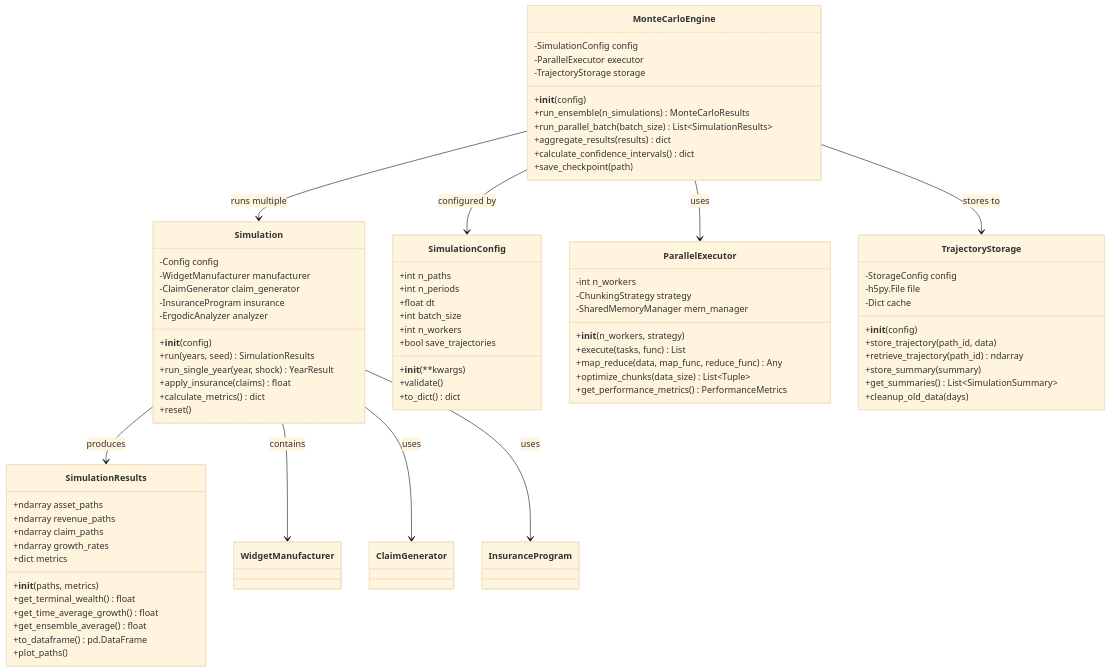
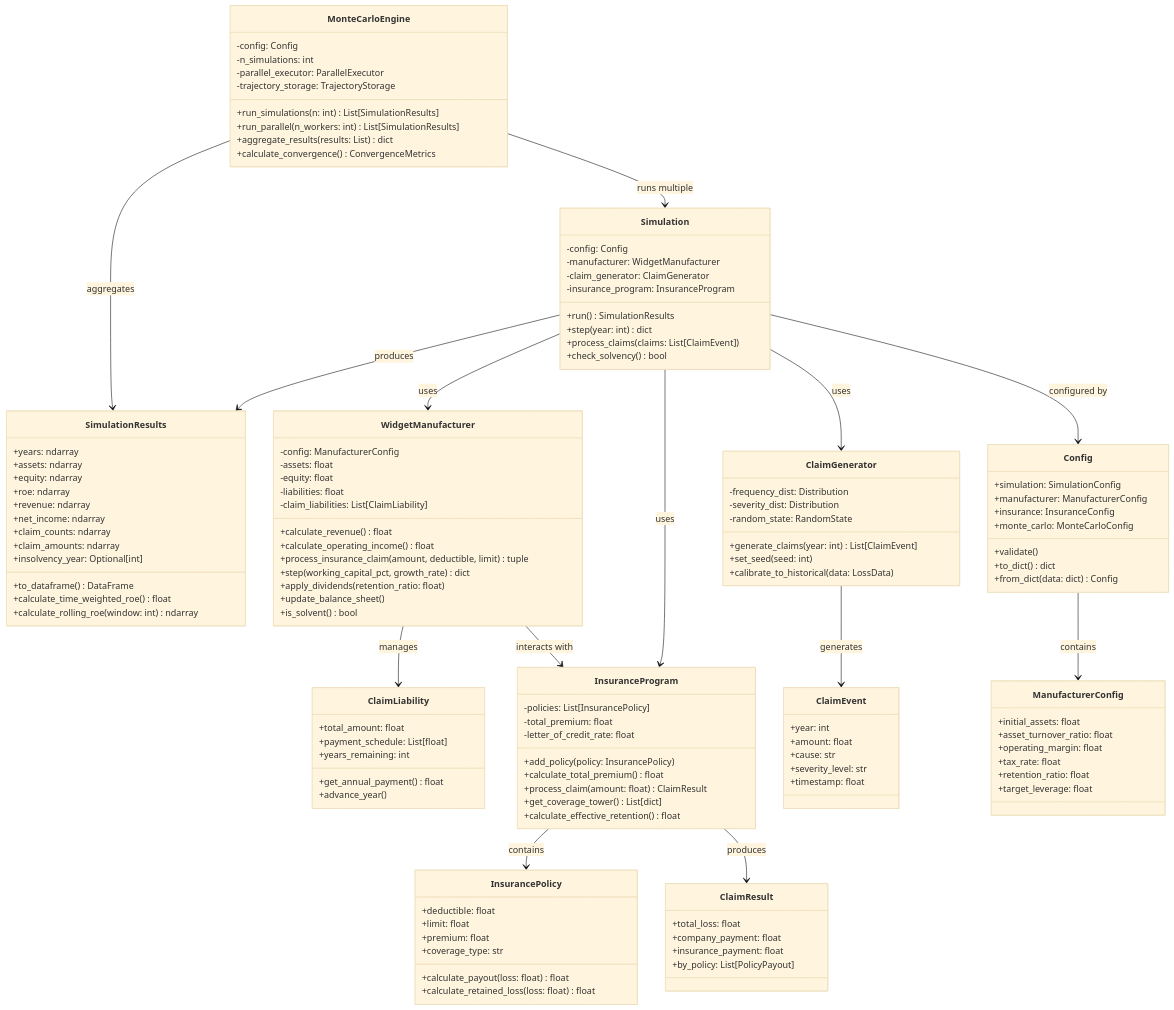
The first of 2 diagrams in ergodic_insurance/docs/architecture/class_diagrams/core_classes.md (AlexFiliakov/Ergodic-Insurance-Limits), drawn with Mermaid (base theme) before and after one commit. The commit also changed other lines of this file and 14 other files, not shown here.

Commit message:
README.md, mermaid diagrams, new claude action

````diff
--- a/ergodic_insurance/docs/architecture/class_diagrams/core_classes.md
+++ b/ergodic_insurance/docs/architecture/class_diagrams/core_classes.md
@@ -292,86 +5,150 @@
 ```mermaid
 classDiagram
+    %% Core Simulation Classes
     class Simulation {
-        -Config config
-        -WidgetManufacturer manufacturer
-        -ClaimGenerator claim_generator
-        -InsuranceProgram insurance
-        -ErgodicAnalyzer analyzer
-        +__init__(config)
-        +run(years, seed) SimulationResults
-        +run_single_year(year, shock) YearResult
-        +apply_insurance(claims) float
-        +calculate_metrics() dict
-        +reset()
+        -config: Config
+        -manufacturer: WidgetManufacturer
+        -claim_generator: ClaimGenerator
+        -insurance_program: InsuranceProgram
+        +run() SimulationResults
+        +step(year: int) dict
+        +process_claims(claims: List[ClaimEvent])
+        +check_solvency() bool
     }
 
     class SimulationResults {
-        +ndarray asset_paths
-        +ndarray revenue_paths
-        +ndarray claim_paths
-        +ndarray growth_rates
-        +dict metrics
-        +__init__(paths, metrics)
-        +get_terminal_wealth() float
-        +get_time_average_growth() float
-        +get_ensemble_average() float
-        +to_dataframe() pd.DataFrame
-        +plot_paths()
+        +years: ndarray
+        +assets: ndarray
+        +equity: ndarray
+        +roe: ndarray
+        +revenue: ndarray
+        +net_income: ndarray
+        +claim_counts: ndarray
+        +claim_amounts: ndarray
+        +insolvency_year: Optional[int]
+        +to_dataframe() DataFrame
+        +calculate_time_weighted_roe() float
+        +calculate_rolling_roe(window: int) ndarray
     }
 
     class MonteCarloEngine {
-        -SimulationConfig config
-        -ParallelExecutor executor
-        -TrajectoryStorage storage
-        +__init__(config)
-        +run_ensemble(n_simulations) MonteCarloResults
-        +run_parallel_batch(batch_size) List~SimulationResults~
-        +aggregate_results(results) dict
-        +calculate_confidence_intervals() dict
-        +save_checkpoint(path)
+        -config: Config
+        -n_simulations: int
+        -parallel_executor: ParallelExecutor
+        -trajectory_storage: TrajectoryStorage
+        +run_simulations(n: int) List[SimulationResults]
+        +run_parallel(n_workers: int) List[SimulationResults]
+        +aggregate_results(results: List) dict
+        +calculate_convergence() ConvergenceMetrics
     }
 
-    class SimulationConfig {
-        +int n_paths
-        +int n_periods
-        +float dt
-        +int batch_size
-        +int n_workers
-        +bool save_trajectories
-        +__init__(**kwargs)
+    %% Business Model Classes
+    class WidgetManufacturer {
+        -config: ManufacturerConfig
+        -assets: float
+        -equity: float
+        -liabilities: float
+        -claim_liabilities: List[ClaimLiability]
+        +calculate_revenue() float
+        +calculate_operating_income() float
+        +process_insurance_claim(amount, deductible, limit) tuple
+        +step(working_capital_pct, growth_rate) dict
+        +apply_dividends(retention_ratio: float)
+        +update_balance_sheet()
+        +is_solvent() bool
+    }
+
+    class ClaimLiability {
+        +total_amount: float
+        +payment_schedule: List[float]
+        +years_remaining: int
+        +get_annual_payment() float
+        +advance_year()
+    }
+
+    %% Insurance Classes
+    class InsurancePolicy {
+        +deductible: float
+        +limit: float
+        +premium: float
+        +coverage_type: str
+        +calculate_payout(loss: float) float
+        +calculate_retained_loss(loss: float) float
+    }
+
+    class InsuranceProgram {
+        -policies: List[InsurancePolicy]
+        -total_premium: float
+        -letter_of_credit_rate: float
+        +add_policy(policy: InsurancePolicy)
+        +calculate_total_premium() float
+        +process_claim(amount: float) ClaimResult
+        +get_coverage_tower() List[dict]
+        +calculate_effective_retention() float
+    }
+
+    class ClaimResult {
+        +total_loss: float
+        +company_payment: float
+        +insurance_payment: float
+        +by_policy: List[PolicyPayout]
+    }
+
+    %% Claim Generation
+    class ClaimGenerator {
+        -frequency_dist: Distribution
+        -severity_dist: Distribution
+        -random_state: RandomState
+        +generate_claims(year: int) List[ClaimEvent]
+        +set_seed(seed: int)
+        +calibrate_to_historical(data: LossData)
+    }
+
+    class ClaimEvent {
+        +year: int
+        +amount: float
+        +cause: str
+        +severity_level: str
+        +timestamp: float
+    }
+
+    %% Configuration
+    class Config {
+        +simulation: SimulationConfig
+        +manufacturer: ManufacturerConfig
+        +insurance: InsuranceConfig
+        +monte_carlo: MonteCarloConfig
         +validate()
         +to_dict() dict
+        +from_dict(data: dict) Config
     }
 
-    class ParallelExecutor {
-        -int n_workers
-        -ChunkingStrategy strategy
-        -SharedMemoryManager mem_manager
-        +__init__(n_workers, strategy)
-        +execute(tasks, func) List
-        +map_reduce(data, map_func, reduce_func) Any
-        +optimize_chunks(data_size) List~Tuple~
-        +get_performance_metrics() PerformanceMetrics
+    class ManufacturerConfig {
+        +initial_assets: float
+        +asset_turnover_ratio: float
+        +operating_margin: float
+        +tax_rate: float
+        +retention_ratio: float
+        +target_leverage: float
     }
 
-    class TrajectoryStorage {
-        -StorageConfig config
-        -h5py.File file
-        -Dict cache
-        +__init__(config)
-        +store_trajectory(path_id, data)
-        +retrieve_trajectory(path_id) ndarray
-        +store_summary(summary)
-        +get_summaries() List~SimulationSummary~
-        +cleanup_old_data(days)
-    }
-
-    Simulation --> SimulationResults : produces
-    Simulation --> WidgetManufacturer : contains
+    %% Relationships
+    Simulation --> WidgetManufacturer : uses
     Simulation --> ClaimGenerator : uses
     Simulation --> InsuranceProgram : uses
-    MonteCarloEngine --> SimulationConfig : configured by
-    MonteCarloEngine --> ParallelExecutor : uses
-    MonteCarloEngine --> TrajectoryStorage : stores to
+    Simulation --> SimulationResults : produces
+
     MonteCarloEngine --> Simulation : runs multiple
+    MonteCarloEngine --> SimulationResults : aggregates
+
+    WidgetManufacturer --> ClaimLiability : manages
+    WidgetManufacturer --> InsuranceProgram : interacts with
+
+    InsuranceProgram --> InsurancePolicy : contains
+    InsuranceProgram --> ClaimResult : produces
+
+    ClaimGenerator --> ClaimEvent : generates
+
+    Config --> ManufacturerConfig : contains
+    Simulation --> Config : configured by
 ```
````
